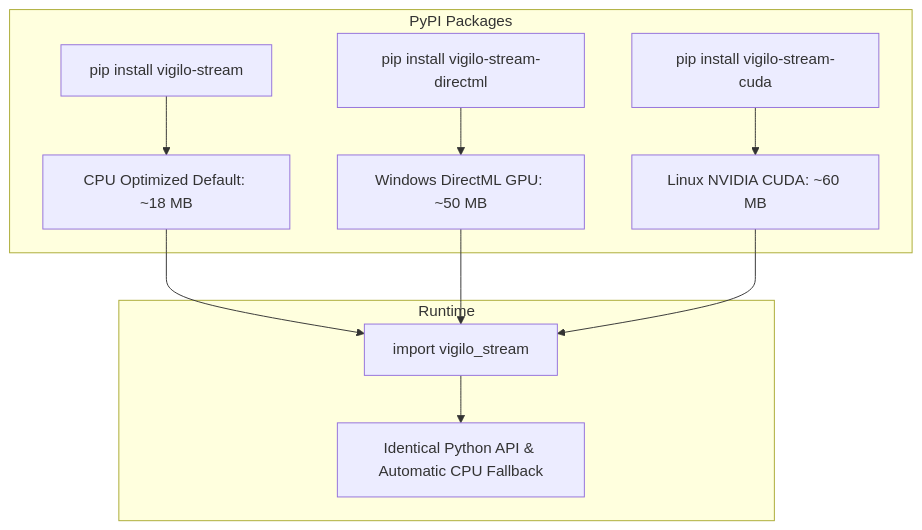
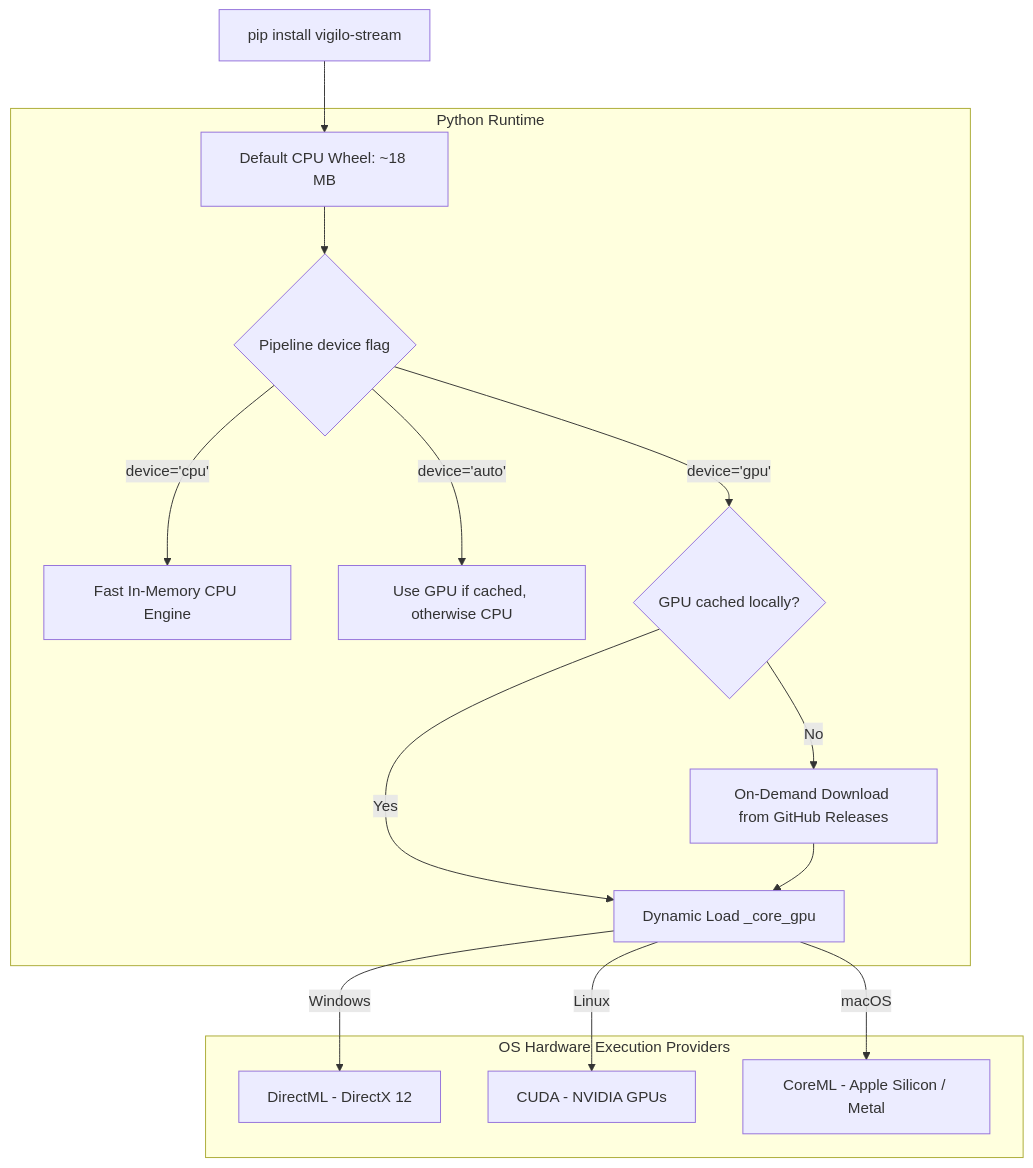
One commit to Abdullah-Masood-05/rustream changed the diagram in docs/hardware/acceleration.md. Above: the diagram before and after it, drawn with Mermaid. The commit also changed other lines of this file and 9 other files, not shown here.

Commit message:
feat: add cross-platform on-demand GPU acceleration architecture (DirectML, CUDA, CoreML)

````diff
--- a/docs/hardware/acceleration.md
+++ b/docs/hardware/acceleration.md
@@ -63,15 +9,20 @@
 ```mermaid
 graph TD
-    subgraph PyPI Packages
-        A[pip install vigilo-stream] --> B[CPU Optimized Default: ~18 MB]
-        C[pip install vigilo-stream-directml] --> D[Windows DirectML GPU: ~50 MB]
-        E[pip install vigilo-stream-cuda] --> F[Linux NVIDIA CUDA: ~60 MB]
+    A[pip install vigilo-stream] --> B[Default CPU Wheel: ~18 MB]
+    
+    subgraph Python Runtime
+        B --> C{Pipeline device flag}
+        C -->|device='cpu'| D[Fast In-Memory CPU Engine]
+        C -->|device='auto'| E[Use GPU if cached, otherwise CPU]
+        C -->|device='gpu'| F{GPU cached locally?}
+        F -->|Yes| G[Dynamic Load _core_gpu]
+        F -->|No| H[On-Demand Download from GitHub Releases]
+        H --> G
     end
 
-    subgraph Runtime
-        B --> G[import vigilo_stream]
-        D --> G
-        F --> G
-        G --> H[Identical Python API & Automatic CPU Fallback]
+    subgraph OS Hardware Execution Providers
+        G -->|Windows| I[DirectML - DirectX 12]
+        G -->|Linux| J[CUDA - NVIDIA GPUs]
+        G -->|macOS| K[CoreML - Apple Silicon / Metal]
     end
 ```
````
